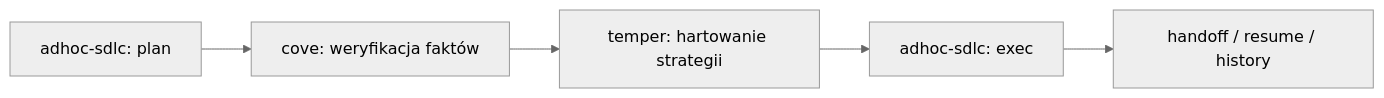
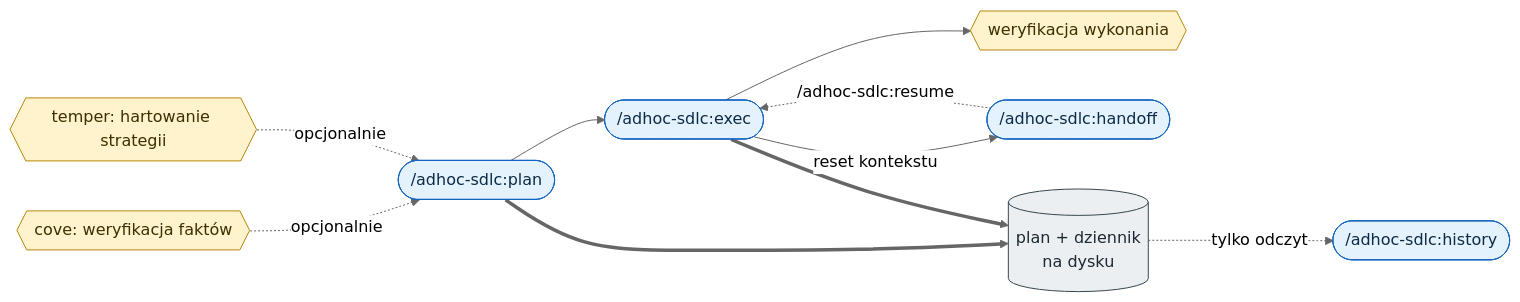
The diagram in README.pl.md (daniel-grabowski/adhoc-sdlc), drawn with Mermaid (neutral theme) before and after one commit. The commit also changed other lines of this file and 8 other files, not shown here.

Commit message:
docs: redesign diagramów mermaid (overview + session-flow) odwzorowujących faktyczną mechanikę

````diff
--- a/README.pl.md
+++ b/README.pl.md
@@ -60,7 +60,19 @@
 ```mermaid
 flowchart LR
-    plan["adhoc-sdlc: plan"] --> cove["cove: weryfikacja faktów"]
-    cove --> temper["temper: hartowanie strategii"]
-    temper --> exec["adhoc-sdlc: exec"]
-    exec --> ho["handoff / resume / history"]
+    cove{{"cove: weryfikacja faktów"}} -.->|opcjonalnie| plan
+    temper{{"temper: hartowanie strategii"}} -.->|opcjonalnie| plan
+    plan(["/adhoc-sdlc:plan"]) --> exec(["/adhoc-sdlc:exec"])
+    exec --> ecove{{"weryfikacja wykonania"}}
+    exec -->|reset kontekstu| handoff(["/adhoc-sdlc:handoff"])
+    handoff -.->|"/adhoc-sdlc:resume"| exec
+    plan ==> disk[("plan + dziennik<br/>na dysku")]
+    exec ==> disk
+    disk -.->|tylko odczyt| history(["/adhoc-sdlc:history"])
+
+    classDef cmd fill:#e3f2fd,stroke:#1565c0,color:#0d2b45
+    classDef gate fill:#fff3cd,stroke:#b8860b,color:#3d2f00
+    classDef store fill:#eceff1,stroke:#37474f,color:#1c2833
+    class plan,exec,handoff,history cmd
+    class cove,temper,ecove gate
+    class disk store
 ```
````
